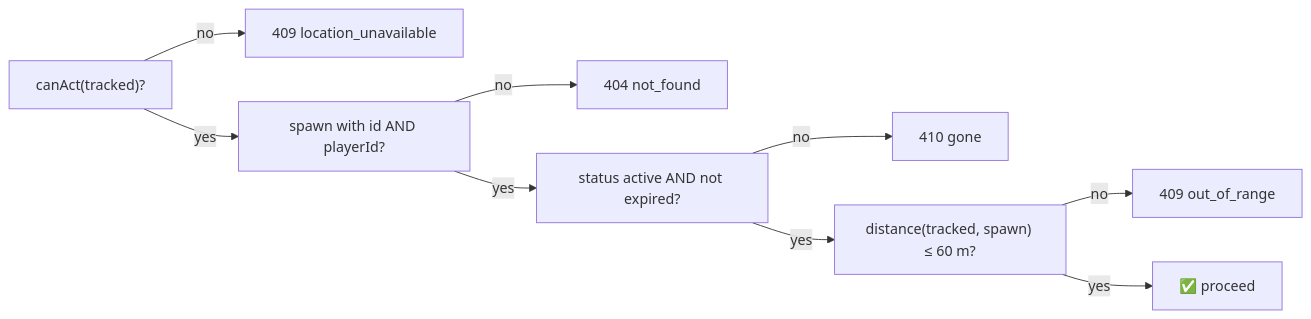
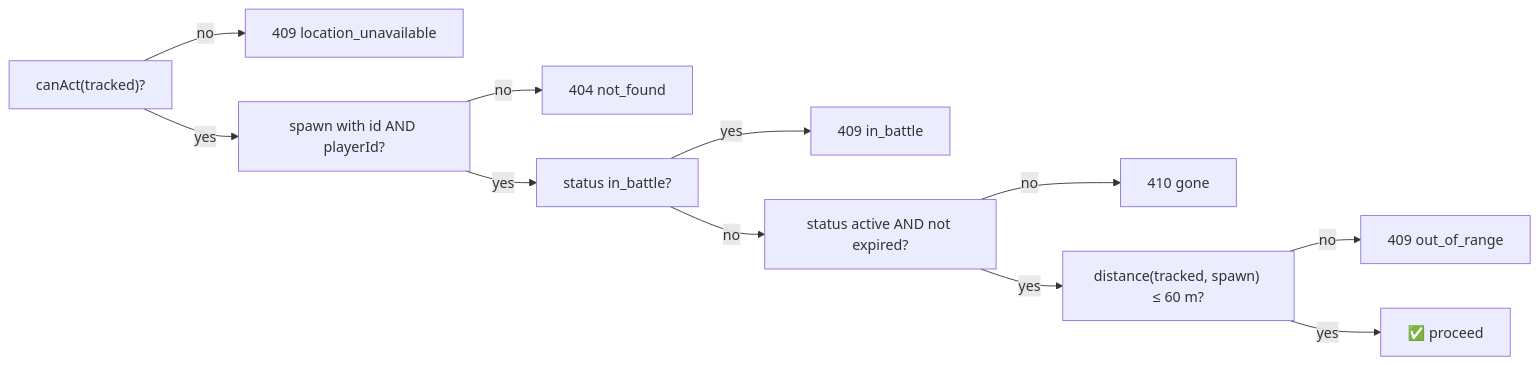
The seventh of 8 diagrams in docs/07-game-systems.md (samceracas/wildbound), drawn with Mermaid before and after one commit. The commit also changed other lines of this file and 4 other files, not shown here.

First line of the commit message:
docs(0.3.0): work in progress on game systems, content and charts

````diff
--- a/docs/07-game-systems.md
+++ b/docs/07-game-systems.md
@@ -342,11 +375,13 @@
 ```mermaid
 flowchart LR
     a["canAct(tracked)?"] -- no --> e1["409 location_unavailable"]
     a -- yes --> b["spawn with id AND playerId?"]
     b -- no --> e2["404 not_found"]
-    b -- yes --> c["status active AND not expired?"]
+    b -- yes --> ib["status in_battle?"]
+    ib -- yes --> e5["409 in_battle"]
+    ib -- no --> c["status active AND not expired?"]
     c -- no --> e3["410 gone"]
     c -- yes --> d["distance(tracked, spawn) ≤ 60 m?"]
     d -- no --> e4["409 out_of_range"]
     d -- yes --> ok["✅ proceed"]
 ```
````
